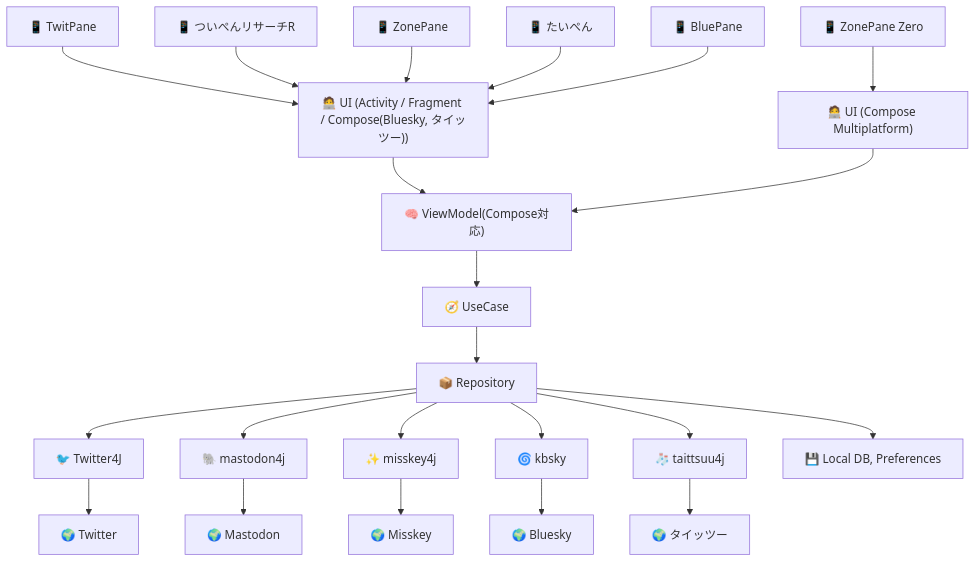
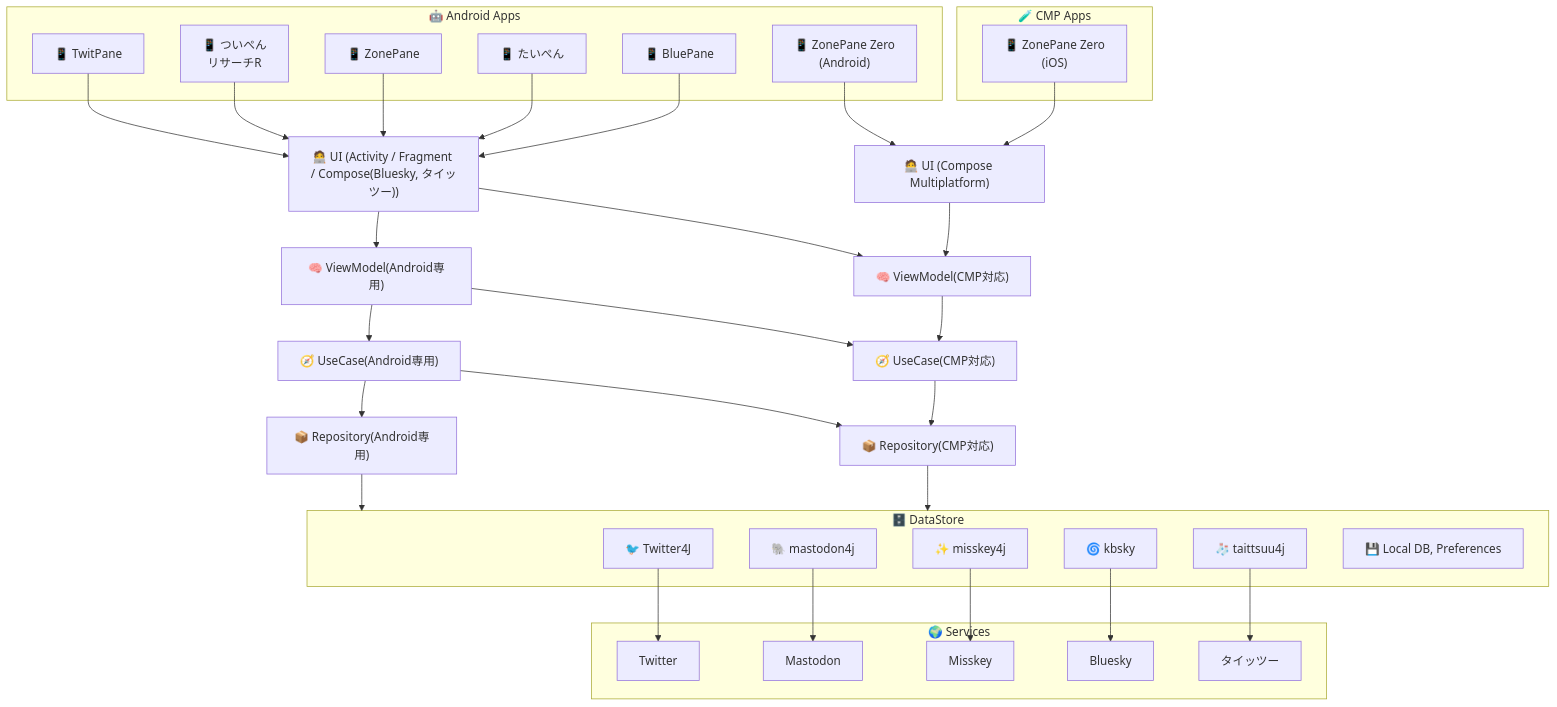
The first of 7 diagrams in twitpane.md (takke/mermaid_exam), drawn with Mermaid before and after one commit.

````diff
--- a/twitpane.md
+++ b/twitpane.md
@@ -9,34 +9,57 @@
 ```mermaid
 flowchart TD
-  %% App Layer
-  TP["📱 TwitPane"]
-  TPR["📱 ついぺんリサーチR"]
-  ZP["📱 ZonePane"]
-  TAP["📱 たいぺん"]
-  BP["📱 BluePane"]
-  ZPZ["📱 ZonePane Zero"]
+  %% Android Apps subgraph
+  subgraph AAP["🤖 Android Apps"]
+    TP["📱 TwitPane"]
+    TPR["📱 ついぺん
+リサーチR"]
+    ZP["📱 ZonePane"]
+    TAP["📱 たいぺん"]
+    BP["📱 BluePane"]
+    ZPZ_A["📱 ZonePane Zero
+(Android)"]
+  end
 
-  %% UI, Logic Layer
+  %% CMP Apps subgraph
+  subgraph CAP["🧪 CMP Apps"]
+    ZPZ_I["📱 ZonePane Zero
+(iOS)"]
+  end
+
+  %% UI Layer
   UI["🧑‍💻 UI (Activity / Fragment / Compose(Bluesky, タイッツー))"]
   UIC["🧑‍💻 UI (Compose Multiplatform)"]
-  VM["🧠 ViewModel(Compose対応)"]
-  UC["🧭 UseCase"]
-  RP["📦 Repository"]
 
-  %% DataSource Layer
-  TW["🐦 Twitter4J"]
-  MA["🐘 mastodon4j"]
-  MI["✨ misskey4j"]
-  KB["🌀 kbsky"]
-  TT["🧦 taittsuu4j"]
-  DB["💾 Local DB, Preferences"]
+  %% ViewModel Layer
+  VMA["🧠 ViewModel(Android専用)"]
+  VMC["🧠 ViewModel(CMP対応)"]
 
-  %% Service Layer
-  S_TW["🌍 Twitter"]
-  S_MA["🌍 Mastodon"]
-  S_MI["🌍 Misskey"]
-  S_KB["🌍 Bluesky"]
-  S_TT["🌍 タイッツー"]
+  %% UseCase Layer
+  UCA["🧭 UseCase(Android専用)"]
+  UCC["🧭 UseCase(CMP対応)"]
+
+  %% Repository Layer
+  RPA["📦 Repository(Android専用)"]
+  RPC["📦 Repository(CMP対応)"]
+
+  %% DataSource subgraph
+  subgraph DS["🗄️ DataStore"]
+    TW["🐦 Twitter4J"]
+    MA["🐘 mastodon4j"]
+    MI["✨ misskey4j"]
+    KB["🌀 kbsky"]
+    TT["🧦 taittsuu4j"]
+    DB["💾 Local DB, Preferences"]
+  end
+
+  %% Service subgraph
+  subgraph SV["🌍 Services"]
+    S_TW["Twitter"]
+    S_MA["Mastodon"]
+    S_MI["Misskey"]
+    S_KB["Bluesky"]
+    S_TT["タイッツー"]
+  end
 
   %% App connections
   TP --> UI
@@ -44,17 +67,33 @@
   ZP --> UI
   TAP --> UI
   BP --> UI
-  ZPZ --> UIC
+  ZPZ_A --> UIC
+  ZPZ_I --> UIC
 
-  %% UI to Logic
-  UI --> VM --> UC --> RP
-  UIC --> VM
+  %% UI to ViewModel
+  UI --> VMA
+  UI --> VMC
+  UIC --> VMC
 
-  %% Repository to DataSources
-  RP --> TW --> S_TW
-  RP --> MA --> S_MA
-  RP --> MI --> S_MI
-  RP --> KB --> S_KB
-  RP --> TT --> S_TT
-  RP --> DB
+  %% ViewModel to UseCase
+  VMA --> UCA
+  VMA --> UCC
+  VMC --> UCC
+
+  %% UseCase to Repository
+  UCA --> RPA
+  UCA --> RPC
+  UCC --> RPC
+
+  %% Repository to DataStore (1 line per repo)
+  RPA --> DS
+  RPC --> DS
+
+  %% DataStore to Services
+  TW --> S_TW
+  MA --> S_MA
+  MI --> S_MI
+  KB --> S_KB
+  TT --> S_TT
+
 ```
````
